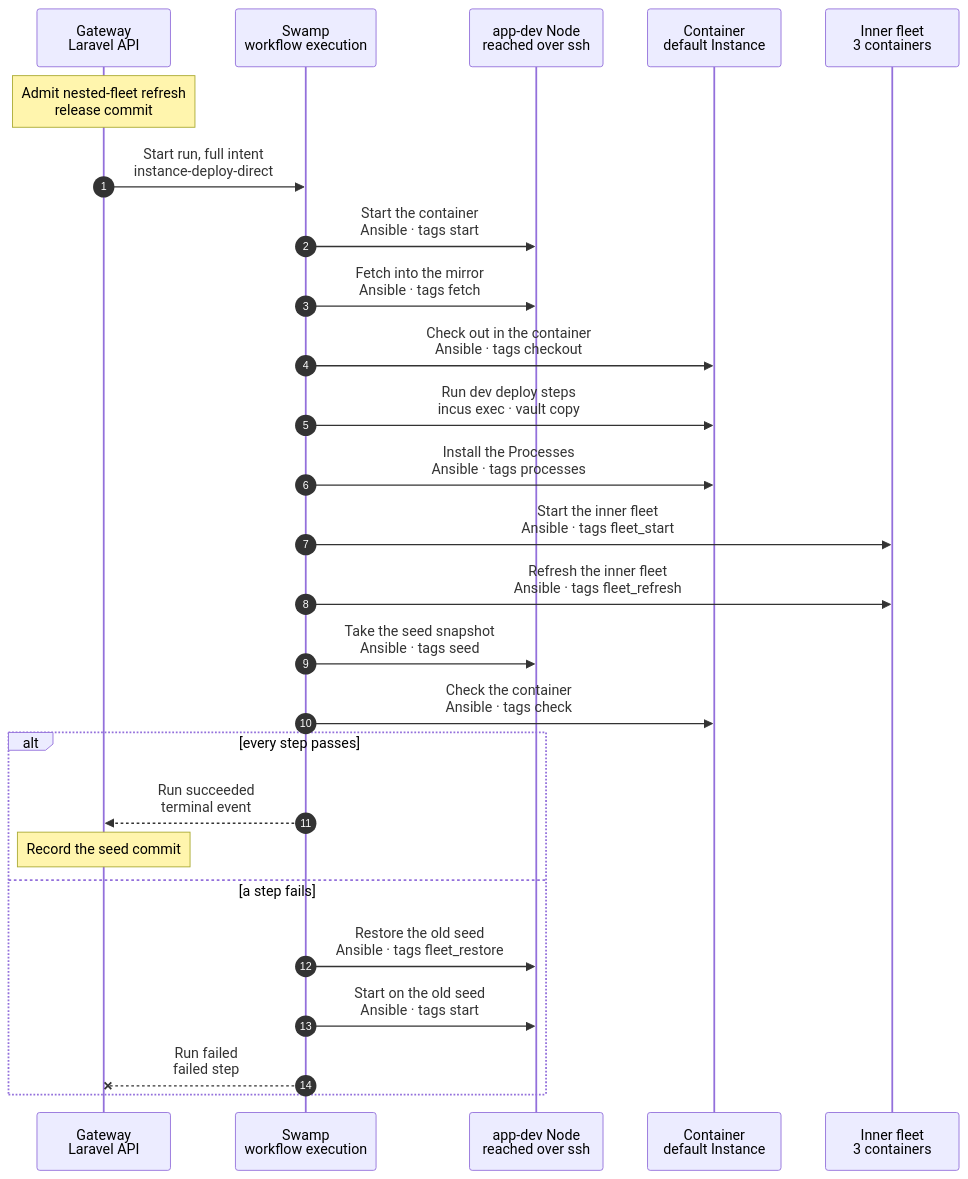
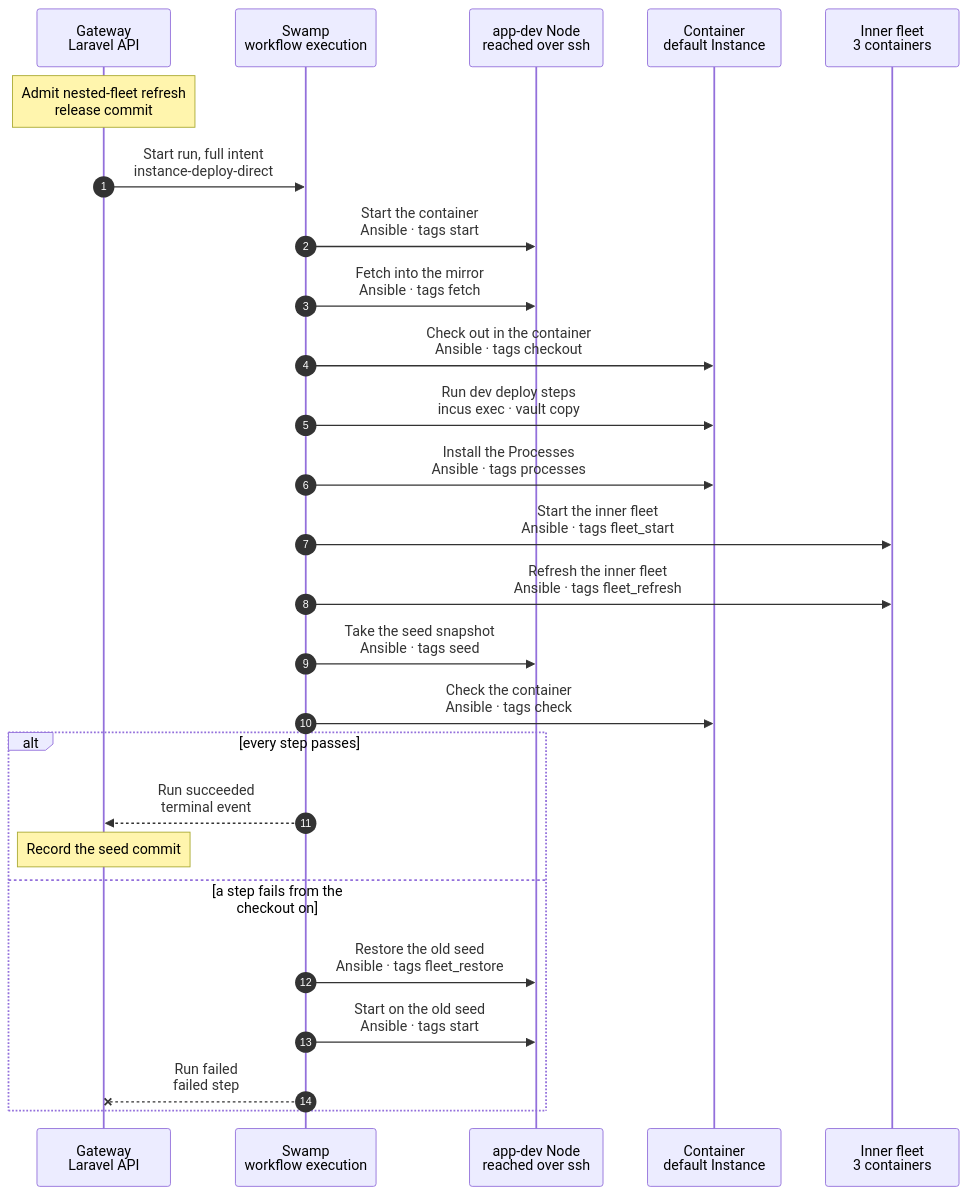
One commit to hardimpactdev/orbit changed the diagram in docs/cli/instance/container/fleet-refresh.mmd. Above: the diagram before and after it, drawn with Mermaid. The commit also changed 7 other files, not shown here.

```diff
--- a/docs/cli/instance/container/fleet-refresh.mmd
+++ b/docs/cli/instance/container/fleet-refresh.mmd
@@ -1,72 +1,72 @@
 sequenceDiagram
   %% Container runtime (ADR 0250 step 5, docs/reference/development-containers.md#refresh-after-a-release): after each Gateway release, the deployment of each nested-fleet default Instance to the release commit. It is `instance.deploy` with the fleet steps that only a nested-fleet default's intent runs. It refreshes the inner fleet and takes the seed that new Instances of that Project clone. For the nested-fleet path it replaces the release trigger and the daily run of docs/cli/task/vm-image-refresh.mmd, and it calls neither.
   %% status: draft
   %% command: none · after each Gateway release · instance:deploy on the default runs the same flow
   %% kind: instance.deploy
   autonumber
   %% lane GW icon=gateway pill=intent tone=blue
   %% lane SW icon=workflow pill=executes tone=green
   %% lane N icon=server pill=target tone=amber
   %% lane C icon=server pill=default tone=purple
   %% lane F icon=server pill=fleet tone=gray
   participant GW as Gateway<br/>Laravel API
   participant SW as Swamp<br/>workflow execution
   participant N as app-dev Node<br/>reached over ssh
   participant C as Container<br/>default Instance
   participant F as Inner fleet<br/>3 containers
   Note over GW: Admit nested-fleet refresh<br/>release commit
   %%> Started by:
   %%> - the release step "Admit nested-fleet refresh", after the Gateway is verified and Horizon runs: `instances:refresh-nested-fleets --commit`
   %%> When:
   %%> - one deployment per nested-fleet default whose runtime is in `orbit-instances-nested` on a Node with the nested-fleet switch on
   %%> - none exists: the step prints one line and admits nothing
   %%> - a clone of the default is being created: refused, `instance.clone_in_flight`; the next release tries again
   %%> - a deployment of the default is open: refused by the Instance lock, `operation.target_busy`
   %%> - the release commit is missing from the Project's repository: the admission's source read refuses it, `project.source_unavailable`
   %%> Result:
   %%> - best effort: the step allows failure and nothing waits for it; the release stays live
   GW->>SW: Start run, full intent<br/>instance-deploy-direct
   %%> What it does:
   %%> - the intent carries `fleet` (NestedFleetIntent): the fleet's names, the operator, the checkout path, the egress proxy and the commit of the old seed
   %%> - the run budget grows by the fleet steps' bounds
   SW->>N: Start the container<br/>Ansible · tags start
   %%> What it does:
   %%> - the one start of a container; the Club key is delivered there, outside the container's disk
   SW->>N: Fetch into the mirror<br/>Ansible · tags fetch
   SW->>C: Check out in the container<br/>Ansible · tags checkout
   %%> What it does:
   %%> - checks out the release commit in `/srv/workspace`; the nested Gateway and app-dev see it through their `checkout` device
   SW->>C: Run dev deploy steps<br/>incus exec · vault copy
   SW->>C: Install the Processes<br/>Ansible · tags processes
   SW->>F: Start the inner fleet<br/>Ansible · tags fleet_start
   %%> What it does:
   %%> - checks the fleet rules, starts the three nested containers, brings up `wg-nested` with `ip` and `wg`, and waits for Doctor and the three agents
   SW->>F: Refresh the inner fleet<br/>Ansible · tags fleet_refresh
   %%> What it does:
   %%> - migrates the nested Gateway and restarts its services, converges the base of the three nested Nodes one by one, waits for Doctor
   %%> - stops the fleet, applies the rules and retakes `base` of the three
   %%> Why:
   %%> - a snapshot of a running container on a directory pool is a file copy, not a consistent state
   SW->>N: Take the seed snapshot<br/>Ansible · tags seed
   %%> What it does:
   %%> - refuses `instance.fleet_key_on_disk` when the Club key path is a file on the container's disk; the key is never read
   %%> - stops the Processes, snapshots `seed-COMMIT` again even at the same commit, starts them, deletes the older seeds
   SW->>C: Check the container<br/>Ansible · tags check
   alt every step passes
     SW-->>GW: Run succeeded<br/>terminal event
     Note over GW: Record the seed commit
     %%> Result:
     %%> - new Instances of the Project clone the new seed; existing clones keep the fleet they have
-  else a step fails
+  else a step fails from the checkout on
     SW->>N: Restore the old seed<br/>Ansible · tags fleet_restore
     %%> What it does:
     %%> - stops the container and restores `seed-OLD`, the seed the Gateway recorded at admission
     %%> - refuses `instance.fleet_seed_missing` when that seed is gone
     SW->>N: Start on the old seed<br/>Ansible · tags start
     %%> What it does:
     %%> - starts it through `start`, so the start delivers what every start delivers
     SW--xGW: Run failed<br/>failed step
     %%> Result:
     %%> - the Operation names the first failed step and its code, such as `instance.container_fleet_refresh_failed`
     %%> - the old seed stays the seed; clones keep copying it, and the next release runs again
   end
```
